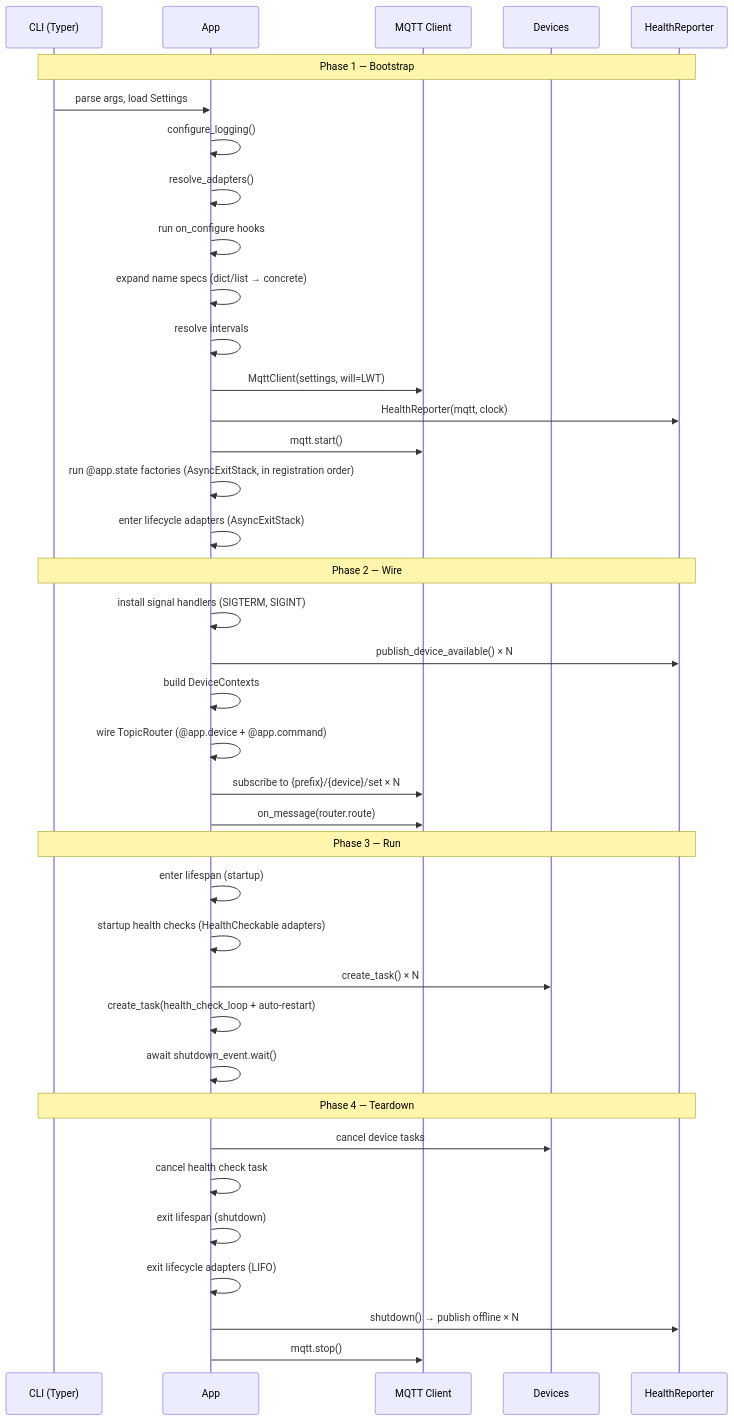
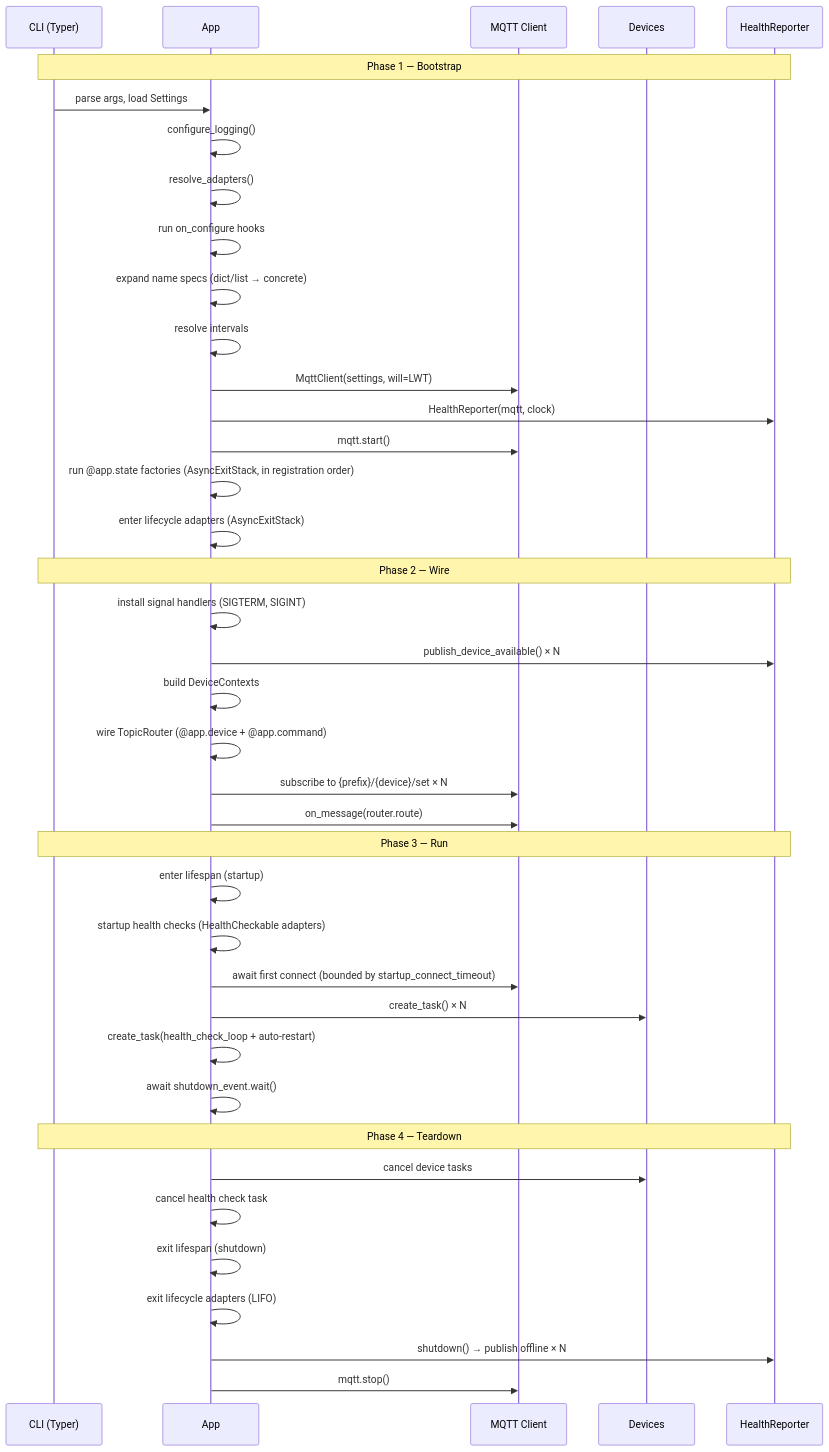
One commit to ff-fab/cosalette changed the diagram in docs/concepts/lifecycle.md. Above: the diagram before and after it, drawn with Mermaid. The commit also changed other lines of this file and 22 other files, not shown here.

First line of the commit message:
feat(mqtt): gate entity startup on first MQTT connect and treat not-connected as transport condition (#475)

````diff
--- a/docs/concepts/lifecycle.md
+++ b/docs/concepts/lifecycle.md
@@ -13,44 +13,45 @@
 ```mermaid
 sequenceDiagram
     participant CLI as CLI (Typer)
     participant App
     participant MQTT as MQTT Client
     participant Devices
     participant Health as HealthReporter
 
     Note over CLI,Health: Phase 1 — Bootstrap
     CLI->>App: parse args, load Settings
     App->>App: configure_logging()
     App->>App: resolve_adapters()
     App->>App: run on_configure hooks
     App->>App: expand name specs (dict/list → concrete)
     App->>App: resolve intervals
     App->>MQTT: MqttClient(settings, will=LWT)
     App->>Health: HealthReporter(mqtt, clock)
     App->>MQTT: mqtt.start()
     App->>App: run @app.state factories (AsyncExitStack, in registration order)
     App->>App: enter lifecycle adapters (AsyncExitStack)
 
     Note over CLI,Health: Phase 2 — Wire
     App->>App: install signal handlers (SIGTERM, SIGINT)
     App->>Health: publish_device_available() × N
     App->>App: build DeviceContexts
     App->>App: wire TopicRouter (@app.device + @app.command)
     App->>MQTT: subscribe to {prefix}/{device}/set × N
     App->>MQTT: on_message(router.route)
 
     Note over CLI,Health: Phase 3 — Run
     App->>App: enter lifespan (startup)
     App->>App: startup health checks (HealthCheckable adapters)
+    App->>MQTT: await first connect (bounded by startup_connect_timeout)
     App->>Devices: create_task() × N
     App->>App: create_task(health_check_loop + auto-restart)
     App->>App: await shutdown_event.wait()
 
     Note over CLI,Health: Phase 4 — Teardown
     App->>Devices: cancel device tasks
     App->>App: cancel health check task
     App->>App: exit lifespan (shutdown)
     App->>App: exit lifecycle adapters (LIFO)
     App->>Health: shutdown() → publish offline × N
     App->>MQTT: mqtt.stop()
 ```
````
